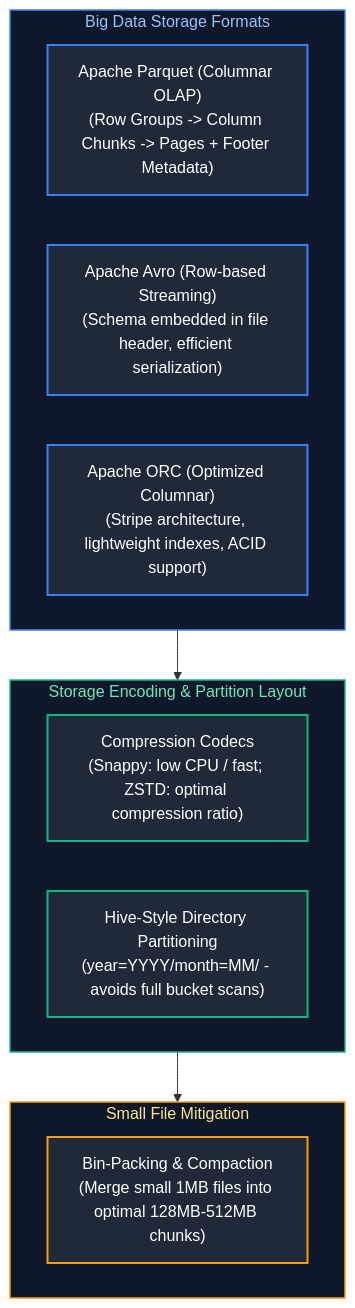
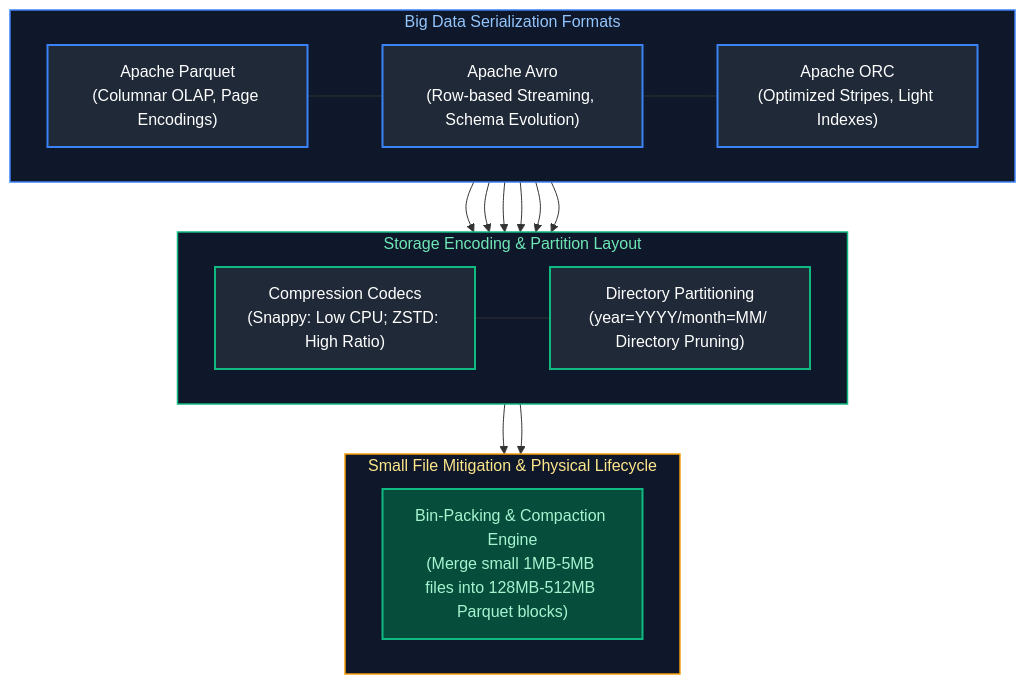
Before and after one commit to joydeep-biswas/Interview-Preparation: the first of 16 diagrams in Data Engineering/07_file_formats_and_storage.md, drawn with Mermaid. The commit also changed other lines of this file and 76 other files, not shown here.

Commit message:
Updated Charts

````diff
--- a/Data Engineering/07_file_formats_and_storage.md
+++ b/Data Engineering/07_file_formats_and_storage.md
@@ -9,27 +9,30 @@
 ```mermaid
 flowchart TD
-    subgraph FileFormats ["Big Data Storage Formats"]
-        Parquet["Apache Parquet (Columnar OLAP)<br/>(Row Groups -> Column Chunks -> Pages + Footer Metadata)"]
-        Avro["Apache Avro (Row-based Streaming)<br/>(Schema embedded in file header, efficient serialization)"]
-        ORC["Apache ORC (Optimized Columnar)<br/>(Stripe architecture, lightweight indexes, ACID support)"]
-    end
-    subgraph CompressionAndLayout ["Storage Encoding & Partition Layout"]
-        Codecs["Compression Codecs<br/>(Snappy: low CPU / fast; ZSTD: optimal compression ratio)"]
-        HivePartition["Hive-Style Directory Partitioning<br/>(year=YYYY/month=MM/ - avoids full bucket scans)"]
-    end
-    subgraph CompactionMgmt ["Small File Mitigation"]
-        BinPacking["Bin-Packing & Compaction<br/>(Merge small 1MB files into optimal 128MB-512MB chunks)"]
+    subgraph FileFormats ["Big Data Serialization Formats"]
+        direction LR
+        Parquet["Apache Parquet<br/>(Columnar OLAP, Page Encodings)"] --- Avro["Apache Avro<br/>(Row-based Streaming, Schema Evolution)"] --- ORC["Apache ORC<br/>(Optimized Stripes, Light Indexes)"]
     end
 
-    FileFormats --> CompressionAndLayout --> CompactionMgmt
+    subgraph CompressionAndLayout ["Storage Encoding & Partition Layout"]
+        direction LR
+        Codecs["Compression Codecs<br/>(Snappy: Low CPU; ZSTD: High Ratio)"] --- HivePartition["Directory Partitioning<br/>(year=YYYY/month=MM/ Directory Pruning)"]
+    end
+
+    subgraph CompactionMgmt ["Small File Mitigation & Physical Lifecycle"]
+        direction LR
+        BinPacking["Bin-Packing & Compaction Engine<br/>(Merge small 1MB-5MB files into 128MB-512MB Parquet blocks)"]
+    end
+
+    Parquet & Avro & ORC --> Codecs & HivePartition
+    Codecs & HivePartition --> BinPacking
 
     style FileFormats fill:#0f172a,stroke:#3b82f6,stroke-width:1.5px,color:#93c5fd
     style CompressionAndLayout fill:#0f172a,stroke:#10b981,stroke-width:1.5px,color:#6ee7b7
     style CompactionMgmt fill:#0f172a,stroke:#f59e0b,stroke-width:1.5px,color:#fde68a
     style Parquet fill:#1f2937,stroke:#3b82f6,stroke-width:2px,color:#fff
     style Avro fill:#1f2937,stroke:#3b82f6,stroke-width:2px,color:#fff
     style ORC fill:#1f2937,stroke:#3b82f6,stroke-width:2px,color:#fff
     style Codecs fill:#1f2937,stroke:#10b981,stroke-width:2px,color:#fff
     style HivePartition fill:#1f2937,stroke:#10b981,stroke-width:2px,color:#fff
-    style BinPacking fill:#1f2937,stroke:#f59e0b,stroke-width:2px,color:#fff
+    style BinPacking fill:#064e3b,stroke:#10b981,stroke-width:2px,color:#a7f3d0
 ```
````
